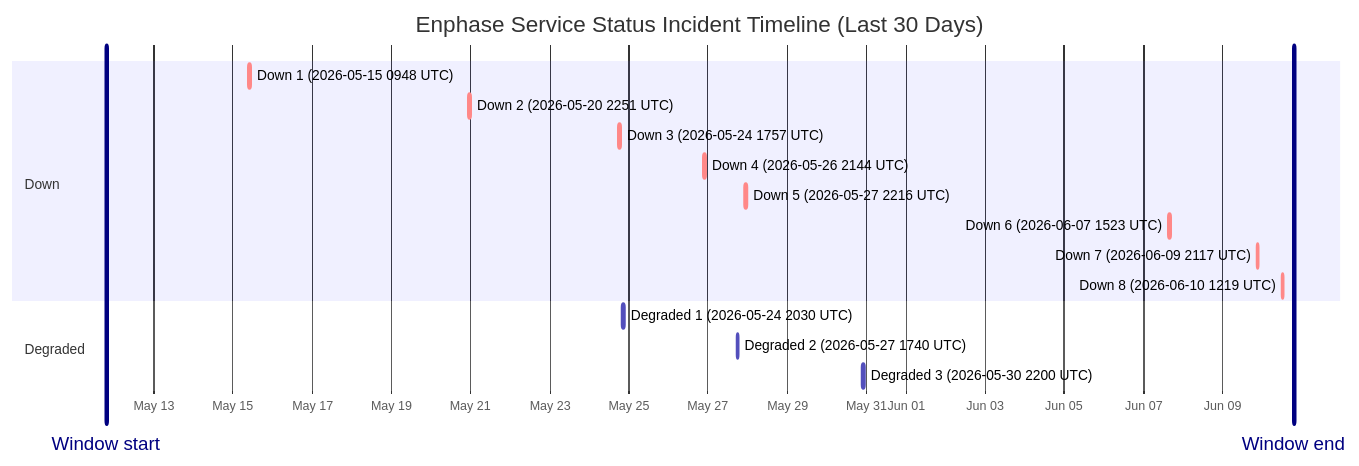
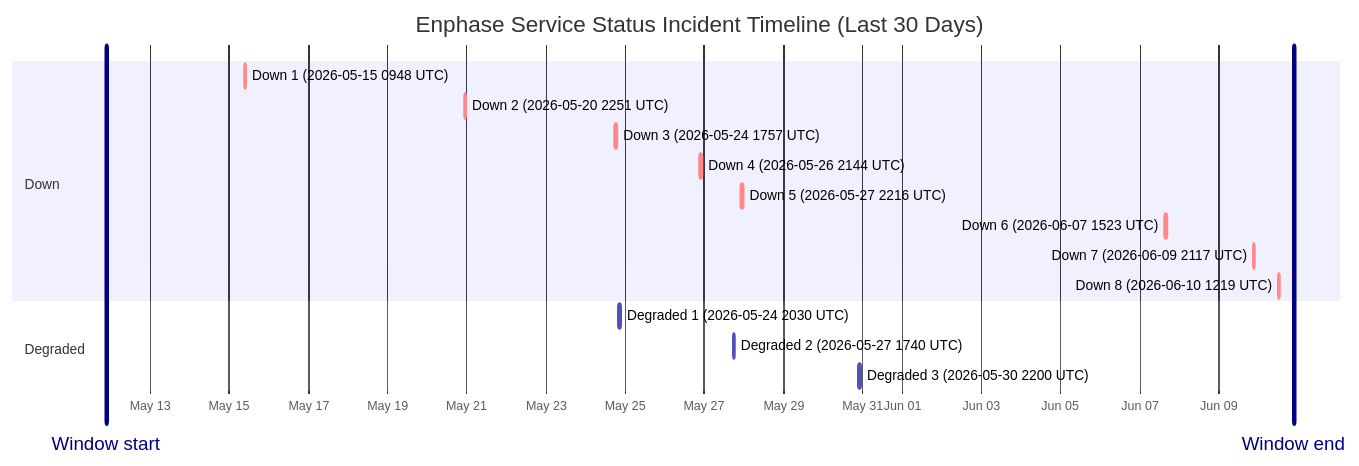
One commit to barneyonline/ha-enphase-energy changed the diagram in wiki/Service-Status-History.md. Above: the diagram before and after it, drawn with Mermaid. The commit also changed other lines of this file and 3 other files, not shown here.

````diff
--- a/wiki/Service-Status-History.md
+++ b/wiki/Service-Status-History.md
@@ -14,21 +14,21 @@
 ```mermaid
 gantt
     title Enphase Service Status Incident Timeline (Last 30 Days)
     dateFormat  YYYY-MM-DDTHH:mm:ss
     axisFormat  %b %d
-    Window start :vert, window-start, 2026-05-11T19:09:26, 0ms
-    Window end :vert, window-end, 2026-06-10T19:09:26, 0ms
+    Window start :vert, window-start, 2026-05-11T21:34:05, 0ms
+    Window end :vert, window-end, 2026-06-10T21:34:05, 0ms
     section Down
     Down 1 (2026-05-15 0948 UTC) :crit, down-1, 2026-05-15T09:48:18, 60m
     Down 2 (2026-05-20 2251 UTC) :crit, down-2, 2026-05-20T22:51:14, 75m
     Down 3 (2026-05-24 1757 UTC) :crit, down-3, 2026-05-24T17:57:41, 86m
     Down 4 (2026-05-26 2144 UTC) :crit, down-4, 2026-05-26T21:44:11, 85m
     Down 5 (2026-05-27 2216 UTC) :crit, down-5, 2026-05-27T22:16:53, 87m
     Down 6 (2026-06-07 1523 UTC) :crit, down-6, 2026-06-07T15:23:22, 87m
     Down 7 (2026-06-09 2117 UTC) :crit, down-7, 2026-06-09T21:17:17, 60m
     Down 8 (2026-06-10 1219 UTC) :crit, down-8, 2026-06-10T12:19:21, 60m
     section Degraded
     Degraded 1 (2026-05-24 2030 UTC) :active, degraded-1, 2026-05-24T20:30:57, 84m
     Degraded 2 (2026-05-27 1740 UTC) :active, degraded-2, 2026-05-27T17:40:52, 60m
     Degraded 3 (2026-05-30 2200 UTC) :active, degraded-3, 2026-05-30T22:00:37, 60m
 ```
````
